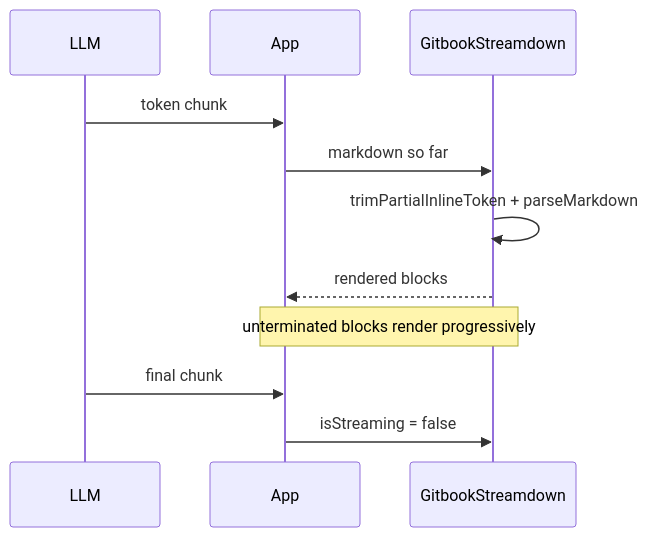
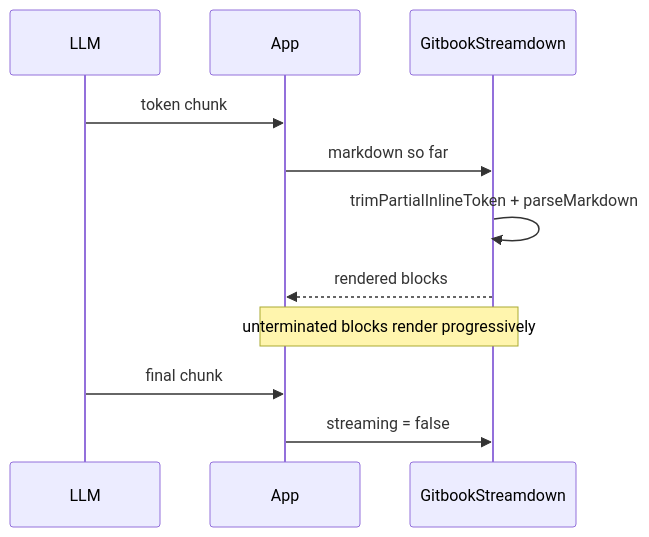
The second of 15 diagrams in apps/docstream-playground/docs/03-writing/06-math-and-diagrams.md (BLamy/ui), drawn with Mermaid before and after one commit. The commit also changed other lines of this file and 594 other files, not shown here.

````diff
--- a/apps/docstream-playground/docs/03-writing/06-math-and-diagrams.md
+++ b/apps/docstream-playground/docs/03-writing/06-math-and-diagrams.md
@@ -140,13 +140,13 @@
 ```mermaid
 sequenceDiagram
   participant LLM
   participant App
   participant Docstream as GitbookStreamdown
   LLM->>App: token chunk
   App->>Docstream: markdown so far
   Docstream->>Docstream: trimPartialInlineToken + parseMarkdown
   Docstream-->>App: rendered blocks
   Note over App,Docstream: unterminated blocks render progressively
   LLM->>App: final chunk
-  App->>Docstream: isStreaming = false
+  App->>Docstream: streaming = false
 ```
````
